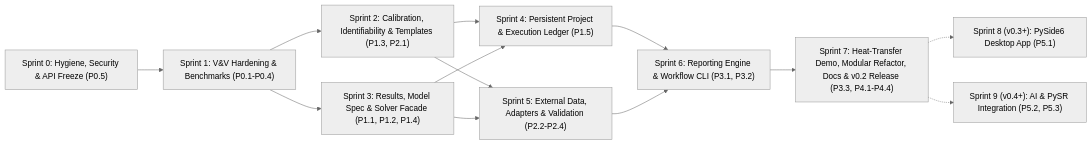
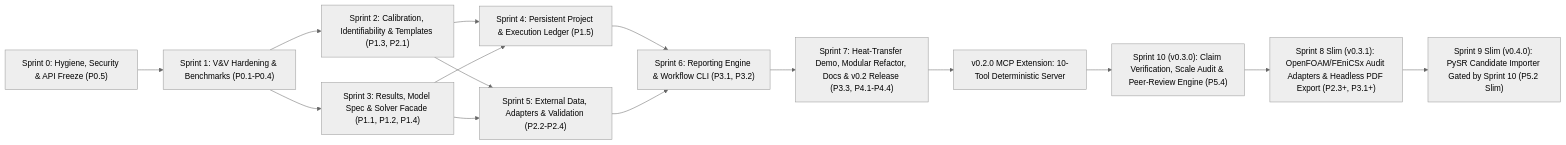
Before and after one commit to moinonin/rosolver: the first of 2 diagrams in docs/architecture/SPRINTS.md, drawn with Mermaid (neutral theme). The commit also changed other lines of this file and 80 other files, not shown here.

First line of the commit message:
Sprints 8-10, Carbon Audit fixes, MCP tools & 3 scientific case studies

````diff
--- a/docs/architecture/SPRINTS.md
+++ b/docs/architecture/SPRINTS.md
@@ -105,15 +108,17 @@
 ```mermaid
 flowchart LR
     S0["Sprint 0: Hygiene, Security & API Freeze (P0.5)"] --> S1["Sprint 1: V&V Hardening & Benchmarks (P0.1-P0.4)"]
     S1 --> S2["Sprint 2: Calibration, Identifiability & Templates (P1.3, P2.1)"]
     S1 --> S3["Sprint 3: Results, Model Spec & Solver Facade (P1.1, P1.2, P1.4)"]
     S2 --> S4["Sprint 4: Persistent Project & Execution Ledger (P1.5)"]
     S3 --> S4
     S2 --> S5["Sprint 5: External Data, Adapters & Validation (P2.2-P2.4)"]
     S3 --> S5
     S4 --> S6["Sprint 6: Reporting Engine & Workflow CLI (P3.1, P3.2)"]
     S5 --> S6
     S6 --> S7["Sprint 7: Heat-Transfer Demo, Modular Refactor, Docs & v0.2 Release (P3.3, P4.1-P4.4)"]
-    S7 -.-> S8["Sprint 8 (v0.3+): PySide6 Desktop App (P5.1)"]
-    S7 -.-> S9["Sprint 9 (v0.4+): AI & PySR Integration (P5.2, P5.3)"]
+    S7 --> MCP["v0.2.0 MCP Extension: 10-Tool Deterministic Server"]
+    MCP --> S10["Sprint 10 (v0.3.0): Claim Verification, Scale Audit & Peer-Review Engine (P5.4)"]
+    S10 --> S8["Sprint 8 Slim (v0.3.1): OpenFOAM/FEniCSx Audit Adapters & Headless PDF Export (P2.3+, P3.1+)"]
+    S8 --> S9["Sprint 9 Slim (v0.4.0): PySR Candidate Importer Gated by Sprint 10 (P5.2 Slim)"]
 ```
````
